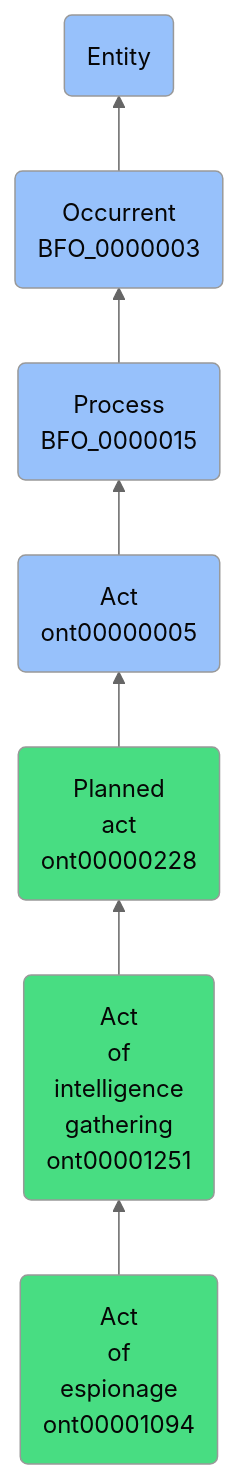
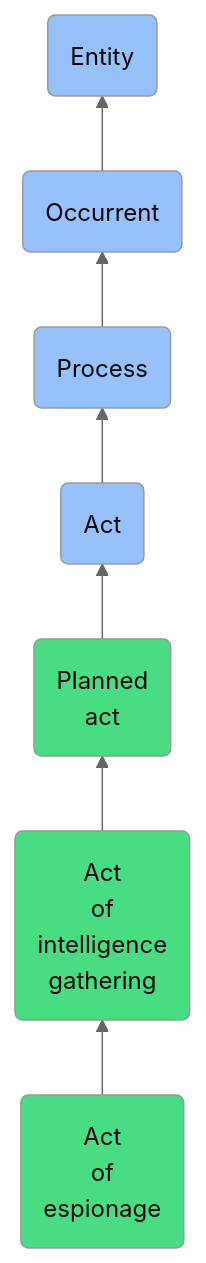
The diagram in docs/ontology/reference/model/Entity/Occurrent/Process/Act/Planned act/Act of intelligence gathering/Act of espionage/Act of espionage.md (jupyter-naas/abi), drawn with Mermaid (neutral theme) before and after one commit. The commit also changed other lines of this file and 1430 other files, not shown here.

````diff
--- a/docs/ontology/reference/model/Entity/Occurrent/Process/Act/Planned act/Act of intelligence gathering/Act of espionage/Act of espionage.md
+++ b/docs/ontology/reference/model/Entity/Occurrent/Process/Act/Planned act/Act of intelligence gathering/Act of espionage/Act of espionage.md
@@ -24,14 +24,14 @@
 ```mermaid
 graph BT
-    ont00001094(Act<br>of<br>espionage<br>ont00001094):::ABI-->ont00001251
-    ont00001251(Act<br>of<br>intelligence<br>gathering<br>ont00001251):::ABI-->ont00000228
-    ont00000228(Planned<br>act<br>ont00000228):::ABI-->ont00000005
-    ont00000005(Act<br>ont00000005):::BFO-->BFO_0000015
-    BFO_0000015(Process<br>BFO_0000015):::BFO-->BFO_0000003
-    BFO_0000003(Occurrent<br>BFO_0000003):::BFO-->BFO_0000001
+    ont00001094(Act<br>of<br>espionage):::ABI-->ont00001251
+    ont00001251(Act<br>of<br>intelligence<br>gathering):::ABI-->ont00000228
+    ont00000228(Planned<br>act):::ABI-->ont00000005
+    ont00000005(Act):::BFO-->BFO_0000015
+    BFO_0000015(Process):::BFO-->BFO_0000003
+    BFO_0000003(Occurrent):::BFO-->BFO_0000001
     BFO_0000001(Entity):::BFO
     
     classDef BFO fill:#97c1fb,color:#060606
     classDef CCO fill:#e4c51e,color:#060606
     classDef ABI fill:#48DD82,color:#060606
 ```
````
